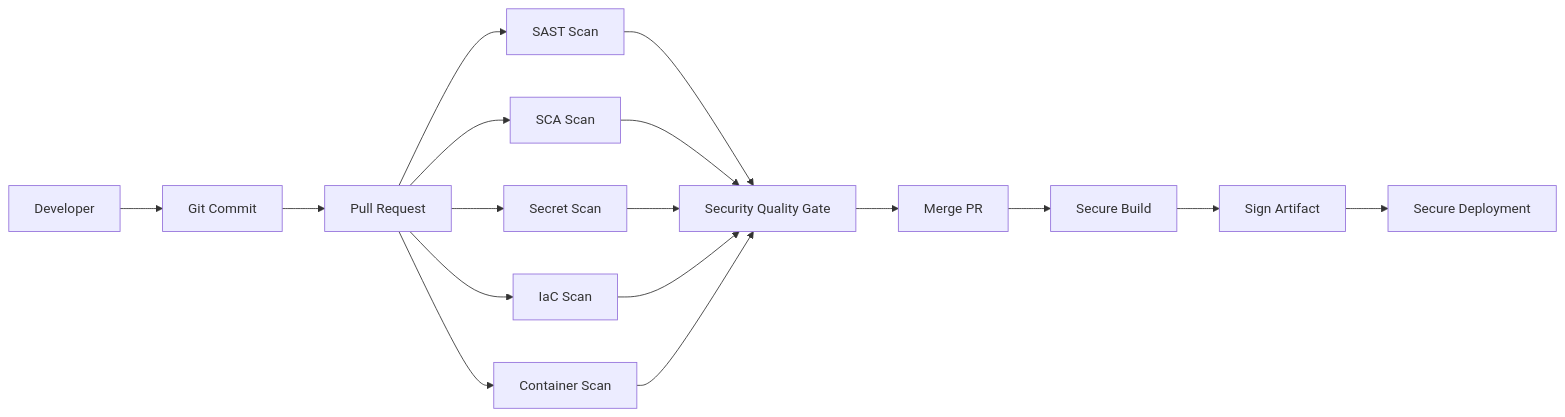
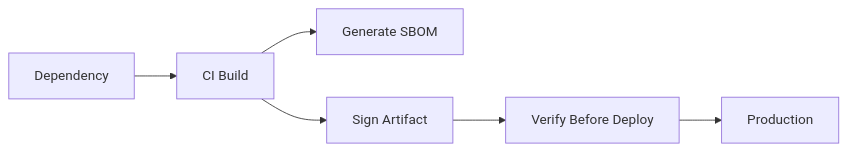
One commit to narendra486/devsecops-blogs changed the diagram in blog/2026-05-23-15-supply-chain-security-explained.mdx. Above: the diagram before and after it, drawn with Mermaid. The commit also changed other lines of this file and 53 other files, not shown here.

````diff
--- a/blog/2026-05-23-15-supply-chain-security-explained.mdx
+++ b/blog/2026-05-23-15-supply-chain-security-explained.mdx
@@ -36,19 +31,8 @@
 ```mermaid
 flowchart LR
-    Dev[Developer] --> Commit[Git Commit]
-    Commit --> PR[Pull Request]
-    PR --> SAST[SAST Scan]
-    PR --> SCA[SCA Scan]
-    PR --> Secrets[Secret Scan]
-    PR --> IaC[IaC Scan]
-    PR --> Container[Container Scan]
-    SAST --> Gate[Security Quality Gate]
-    SCA --> Gate
-    Secrets --> Gate
-    IaC --> Gate
-    Container --> Gate
-    Gate --> Merge[Merge PR]
-    Merge --> Build[Secure Build]
+    Package[Dependency] --> Build[CI Build]
+    Build --> SBOM[Generate SBOM]
     Build --> Sign[Sign Artifact]
-    Sign --> Deploy[Secure Deployment]
+    Sign --> Verify[Verify Before Deploy]
+    Verify --> Prod[Production]
 ```
````
